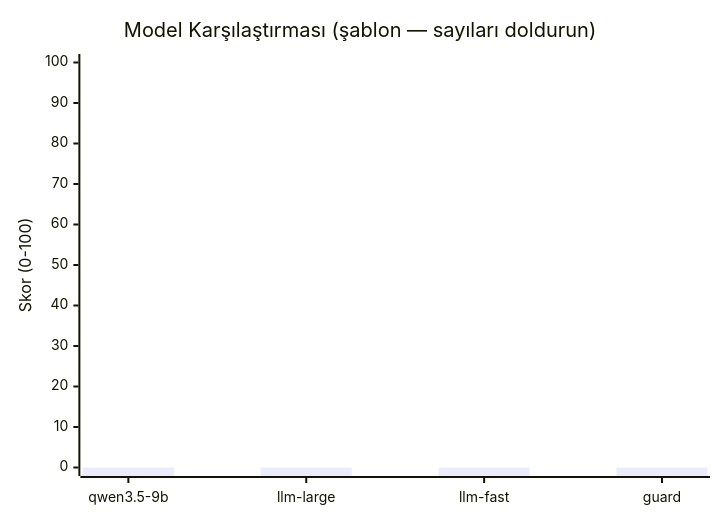
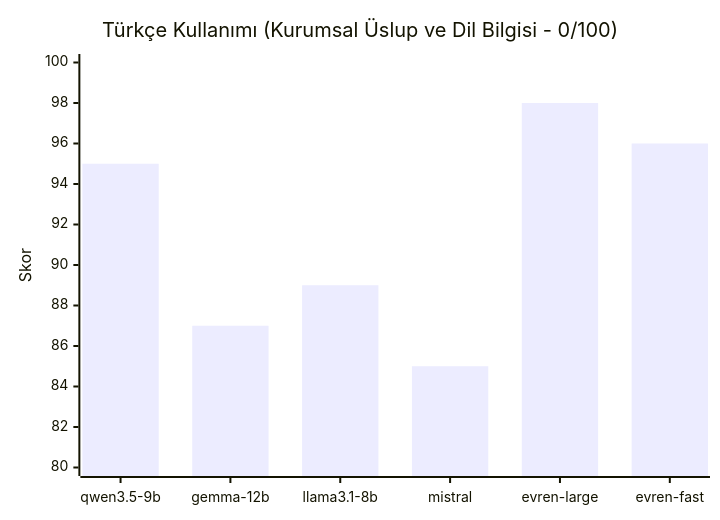
One commit to chyp3r/KACHOW-Teknofest-2026 changed diagram 12 of 15 in README.md. Above: the diagram before and after it, drawn with Mermaid. The commit also changed other lines of this file, not shown here.

````diff
--- a/README.md
+++ b/README.md
@@ -588,7 +572,7 @@
 ```mermaid
 xychart-beta
-    title "Model Karşılaştırması (şablon — sayıları doldurun)"
-    x-axis ["qwen3.5-9b", "llm-large", "llm-fast", "guard"]
-    y-axis "Skor (0-100)" 0 --> 100
-    bar [0, 0, 0, 0]
+    title "Türkçe Kullanımı (Kurumsal Üslup ve Dil Bilgisi - 0/100)"
+    x-axis ["qwen3.5-9b", "gemma-12b", "llama3.1-8b", "mistral", "evren-large", "evren-fast"]
+    y-axis "Skor" 80 --> 100
+    bar [95, 87, 89, 85, 98, 96]
 ```
````
